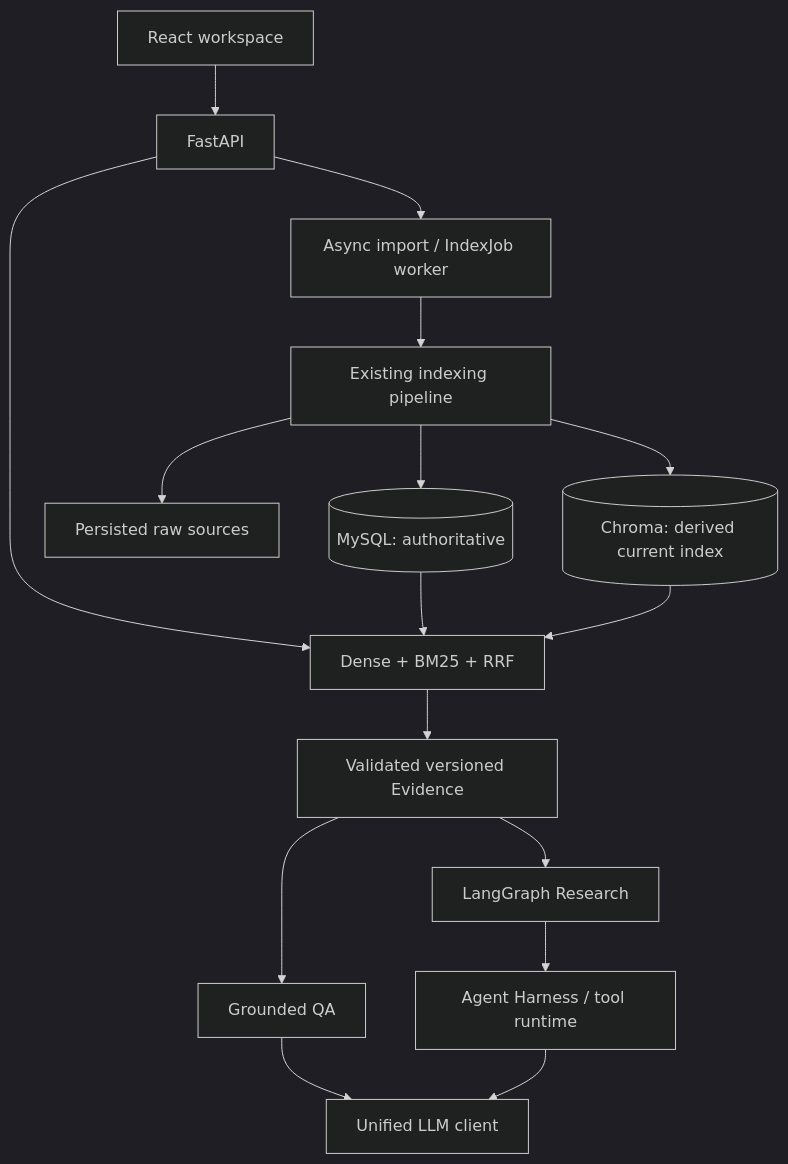
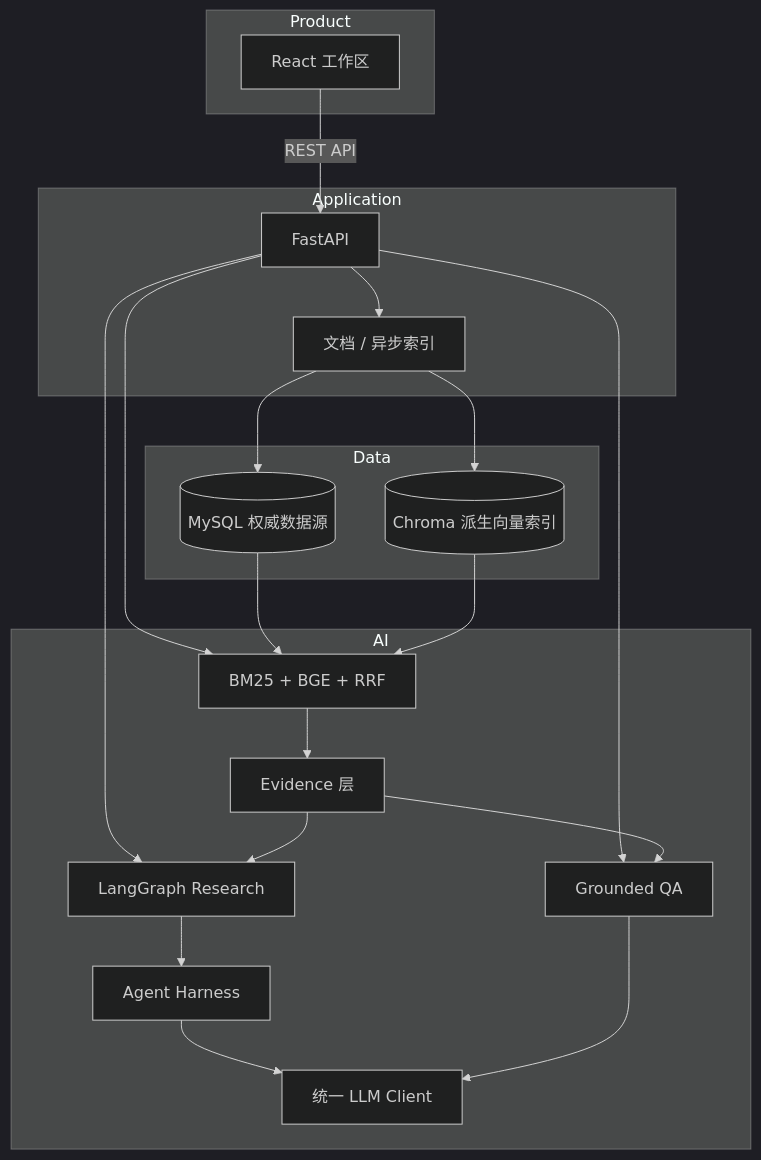
Before and after one commit to tanxunh/researchgraph: the second of 3 diagrams in README.md, drawn with Mermaid (dark theme). The commit also changed other lines of this file, not shown here.

````diff
--- a/README.md
+++ b/README.md
@@ -22,18 +58,37 @@
 ```mermaid
-flowchart TD
-    UI[React workspace] --> API[FastAPI]
-    API --> Jobs[Async import / IndexJob worker]
-    Jobs --> Pipeline[Existing indexing pipeline]
-    Pipeline --> SQL[(MySQL: authoritative)]
-    Pipeline --> Raw[Persisted raw sources]
-    Pipeline --> Vector[(Chroma: derived current index)]
-    API --> Retrieval[Dense + BM25 + RRF]
+flowchart TB
+    subgraph Product[Product]
+        UI[React 工作区]
+    end
+    subgraph Application[Application]
+        API[FastAPI]
+        Index[文档 / 异步索引]
+    end
+    subgraph AI[AI]
+        Retrieval[BM25 + BGE + RRF]
+        Evidence[Evidence 层]
+        QA[Grounded QA]
+        Research[LangGraph Research]
+        Harness[Agent Harness]
+        LLM[统一 LLM Client]
+    end
+    subgraph Data[Data]
+        SQL[(MySQL 权威数据源)]
+        Chroma[(Chroma 派生向量索引)]
+    end
+    UI -->|REST API| API
+    API --> Index
+    API --> Retrieval
+    API --> QA
+    API --> Research
+    Index --> SQL
+    Index --> Chroma
     SQL --> Retrieval
-    Vector --> Retrieval
-    Retrieval --> Evidence[Validated versioned Evidence]
-    Evidence --> QA[Grounded QA]
-    Evidence --> Research[LangGraph Research]
-    Research --> Harness[Agent Harness / tool runtime]
-    QA --> Client[Unified LLM client]
-    Harness --> Client
+    Chroma --> Retrieval
+    Retrieval --> Evidence
+    Evidence --> QA
+    Evidence --> Research
+    Research --> Harness
+    Harness --> LLM
+    QA --> LLM
 ```
````
